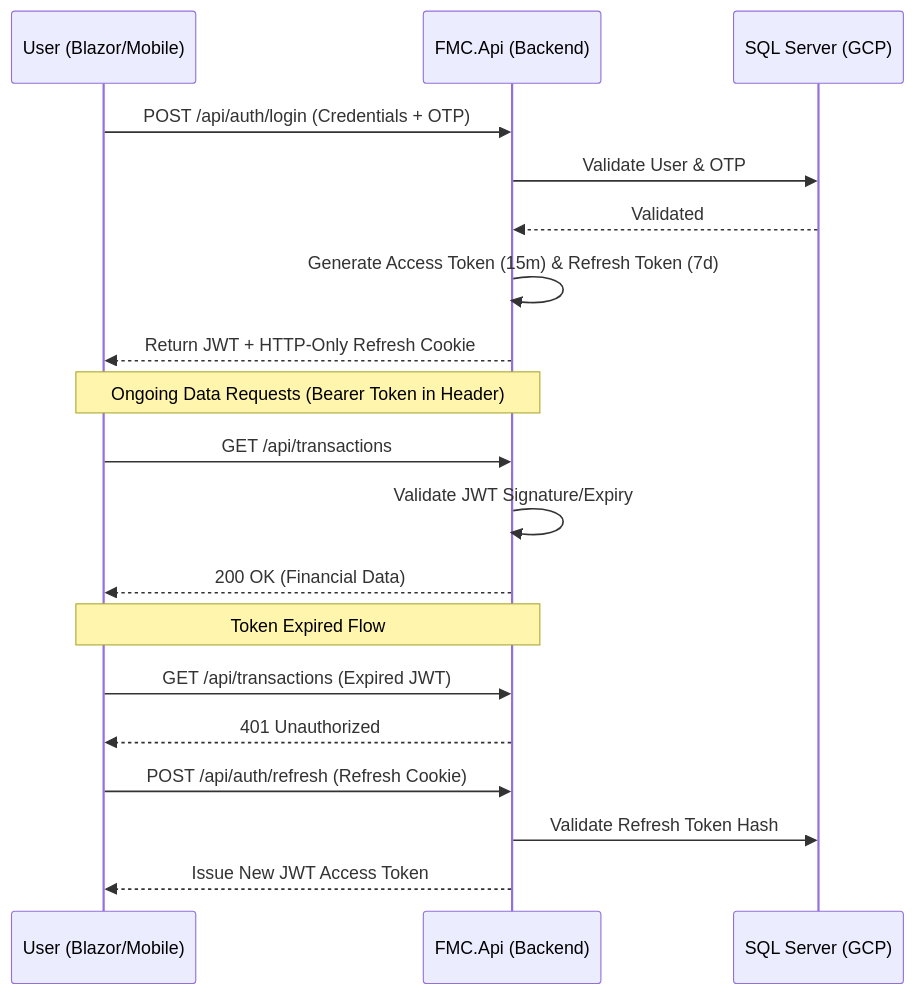
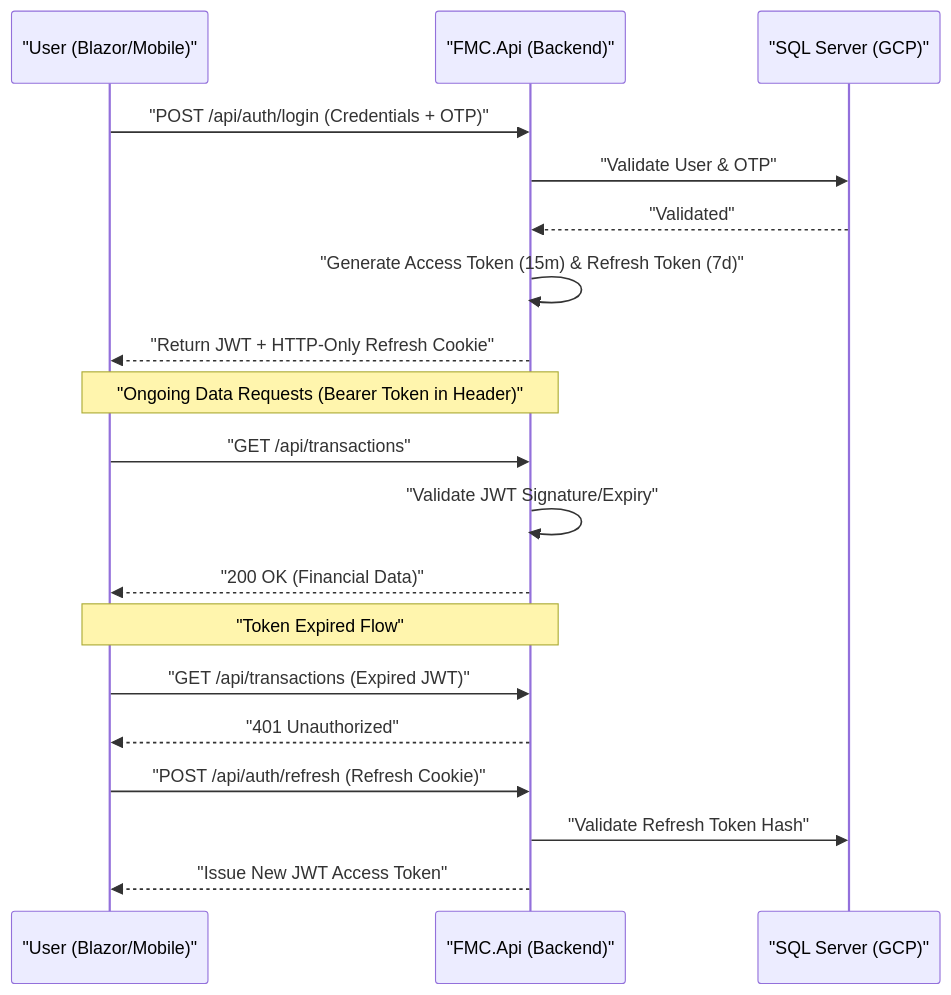
The diagram in api_roadmap.md (KyloReb/FinanceManagementConsole), drawn with Mermaid before and after one commit.

Commit message:
fix: mermaid syntax for github rendering

````diff
--- a/api_roadmap.md
+++ b/api_roadmap.md
@@ -27,26 +27,26 @@
 ```mermaid
 sequenceDiagram
-    participant User as User (Blazor/Mobile)
-    participant API as FMC.Api (Backend)
-    participant DB as SQL Server (GCP)
+    participant User as "User (Blazor/Mobile)"
+    participant API as "FMC.Api (Backend)"
+    participant DB as "SQL Server (GCP)"
     
-    User->>API: POST /api/auth/login (Credentials + OTP)
-    API->>DB: Validate User & OTP
-    DB-->>API: Validated
-    API->>API: Generate Access Token (15m) & Refresh Token (7d)
-    API-->>User: Return JWT + HTTP-Only Refresh Cookie
+    User->>API: "POST /api/auth/login (Credentials + OTP)"
+    API->>DB: "Validate User & OTP"
+    DB-->>API: "Validated"
+    API->>API: "Generate Access Token (15m) & Refresh Token (7d)"
+    API-->>User: "Return JWT + HTTP-Only Refresh Cookie"
     
-    Note over User,API: Ongoing Data Requests (Bearer Token in Header)
+    Note over User,API: "Ongoing Data Requests (Bearer Token in Header)"
     
-    User->>API: GET /api/transactions
-    API->>API: Validate JWT Signature/Expiry
-    API-->>User: 200 OK (Financial Data)
+    User->>API: "GET /api/transactions"
+    API->>API: "Validate JWT Signature/Expiry"
+    API-->>User: "200 OK (Financial Data)"
     
-    Note over User,API: Token Expired Flow
+    Note over User,API: "Token Expired Flow"
     
-    User->>API: GET /api/transactions (Expired JWT)
-    API-->>User: 401 Unauthorized
-    User->>API: POST /api/auth/refresh (Refresh Cookie)
-    API->>DB: Validate Refresh Token Hash
-    API-->>User: Issue New JWT Access Token
+    User->>API: "GET /api/transactions (Expired JWT)"
+    API-->>User: "401 Unauthorized"
+    User->>API: "POST /api/auth/refresh (Refresh Cookie)"
+    API->>DB: "Validate Refresh Token Hash"
+    API-->>User: "Issue New JWT Access Token"
 ```
````
